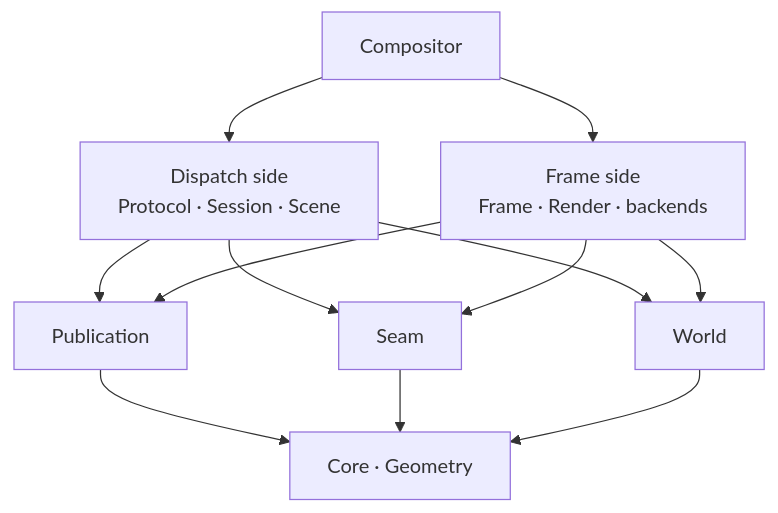
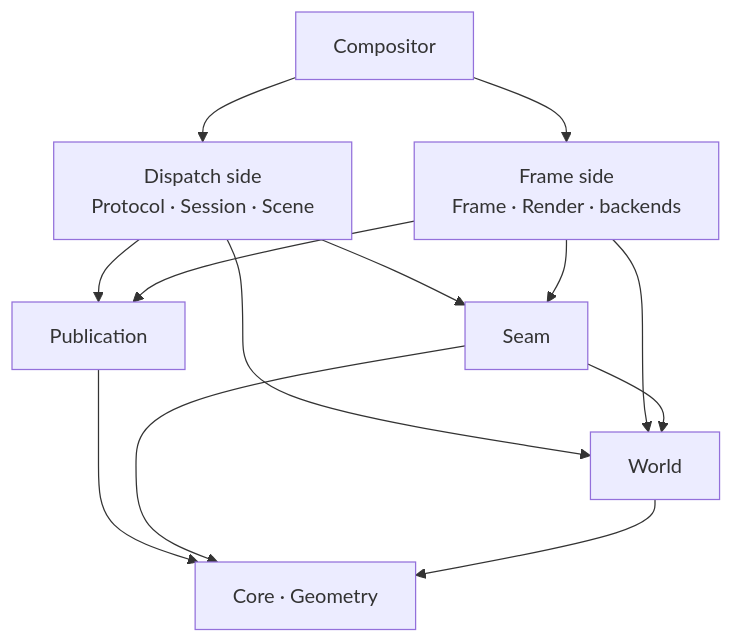
The second of 2 diagrams in Docs/Structure.md (hollinsky/gyro), drawn with Mermaid before and after one commit. The commit also changed other lines of this file and 3 other files, not shown here.

First line of the commit message:
World: Material moves from Seam

````diff
--- a/Docs/Structure.md
+++ b/Docs/Structure.md
@@ -122,14 +122,15 @@
 ```mermaid
 flowchart TB
     Compositor --> Dispatch["Dispatch side<br/>Protocol · Session · Scene"]
     Compositor --> Frame["Frame side<br/>Frame · Render · backends"]
     Dispatch --> Publication
     Frame --> Publication
     Dispatch --> Seam
     Frame --> Seam
     Dispatch --> World
     Frame --> World
+    Seam --> World
     Publication --> Base["Core · Geometry"]
     Seam --> Base
     World --> Base
 ```
````
